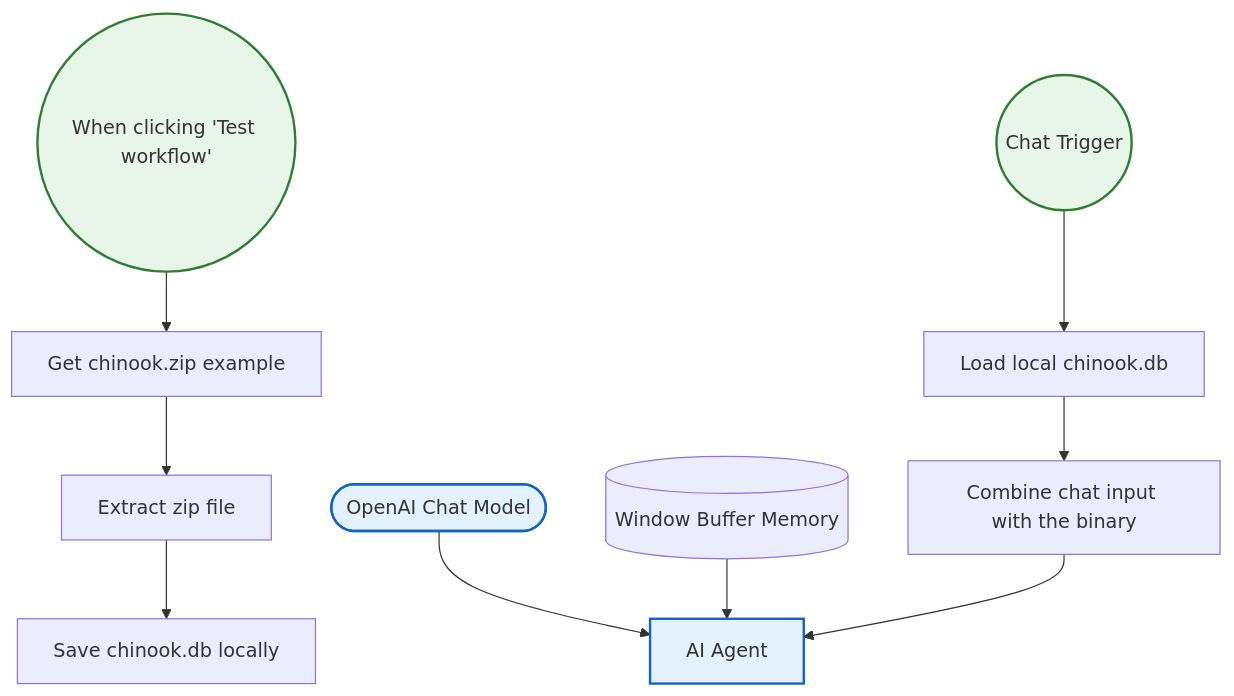
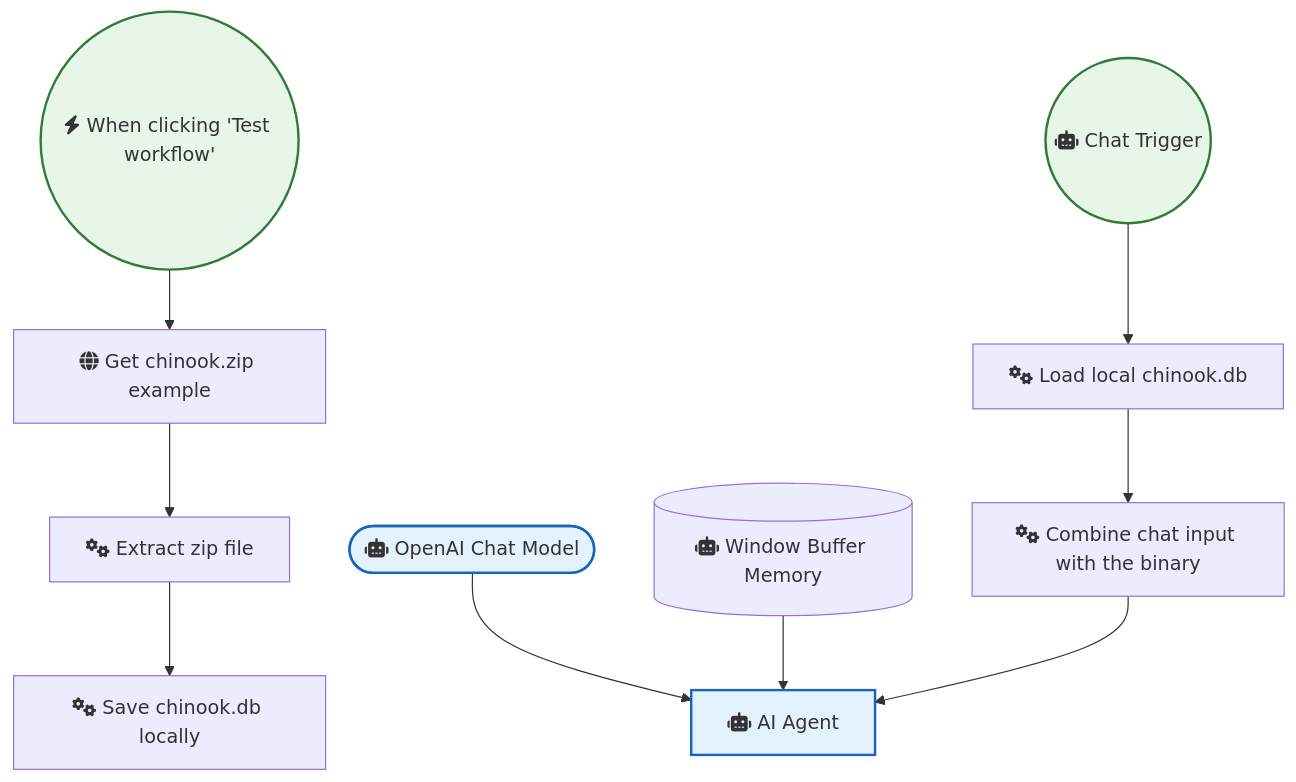
One commit to sreyash3105/N8N-DEMO-AUTOMATIONS changed the diagram in Database_and_Storage/Sql Agent with Memory.md. Above: the diagram before and after it, drawn with Mermaid. The commit also changed 291 other files, not shown here.

````diff
--- a/Database_and_Storage/Sql Agent with Memory.md
+++ b/Database_and_Storage/Sql Agent with Memory.md
@@ -1,26 +1,26 @@
 ```mermaid
 graph TD
     classDef trigger fill:#e8f5e9,stroke:#2e7d32,stroke-width:2px;
     classDef ai fill:#e3f2fd,stroke:#1565c0,stroke-width:2px;
     classDef logic fill:#fff3e0,stroke:#ef6c00,stroke-width:2px;
 
-    Window_Buffer_Memory[("Window Buffer Memory")]
-    OpenAI_Chat_Model(["OpenAI Chat Model"]):::ai
-    When_clicking__Test_workflow_(("When clicking 'Test workflow'")):::trigger
-    Get_chinook_zip_example["Get chinook.zip example"]
-    Extract_zip_file["Extract zip file"]
-    Save_chinook_db_locally["Save chinook.db locally"]
-    Load_local_chinook_db["Load local chinook.db"]
-    Combine_chat_input_with_the_binary["Combine chat input with the binary"]
-    AI_Agent["AI Agent"]:::ai
-    Chat_Trigger(("Chat Trigger")):::trigger
+    Window_Buffer_Memory[("fas:fa-robot Window Buffer Memory")]
+    OpenAI_Chat_Model(["fas:fa-robot OpenAI Chat Model"]):::ai
+    When_clicking__Test_workflow_(("fas:fa-bolt When clicking 'Test workflow'")):::trigger
+    Get_chinook_zip_example["fas:fa-globe Get chinook.zip example"]
+    Extract_zip_file["fas:fa-cogs Extract zip file"]
+    Save_chinook_db_locally["fas:fa-cogs Save chinook.db locally"]
+    Load_local_chinook_db["fas:fa-cogs Load local chinook.db"]
+    Combine_chat_input_with_the_binary["fas:fa-cogs Combine chat input with the binary"]
+    AI_Agent["fas:fa-robot AI Agent"]:::ai
+    Chat_Trigger(("fas:fa-robot Chat Trigger")):::trigger
 
     Chat_Trigger --> Load_local_chinook_db
     Extract_zip_file --> Save_chinook_db_locally
     OpenAI_Chat_Model --> AI_Agent
     Window_Buffer_Memory --> AI_Agent
     Load_local_chinook_db --> Combine_chat_input_with_the_binary
     Get_chinook_zip_example --> Extract_zip_file
     When_clicking__Test_workflow_ --> Get_chinook_zip_example
     Combine_chat_input_with_the_binary --> AI_Agent
 ```
````
